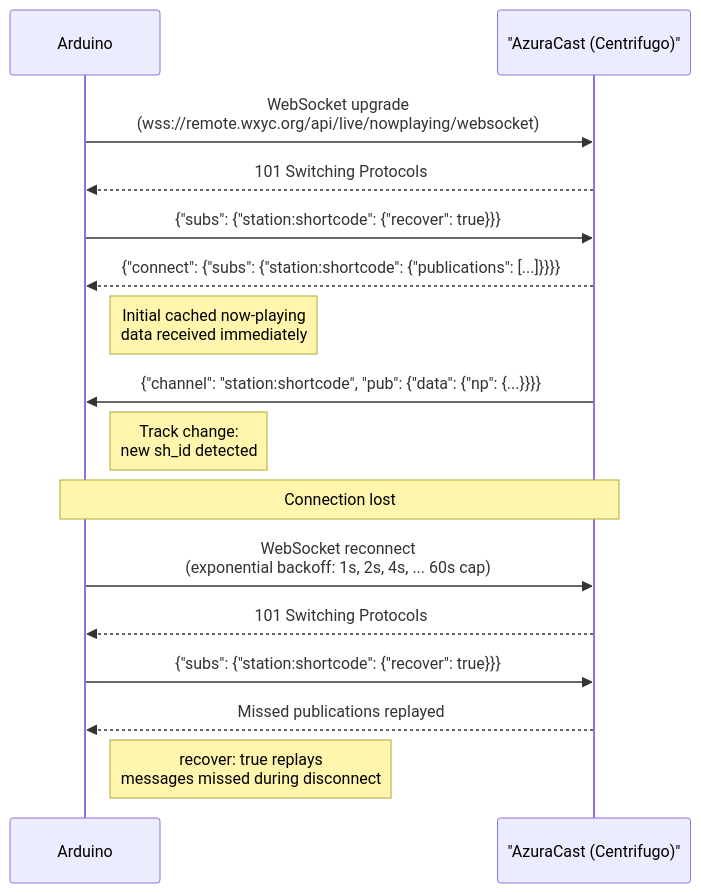
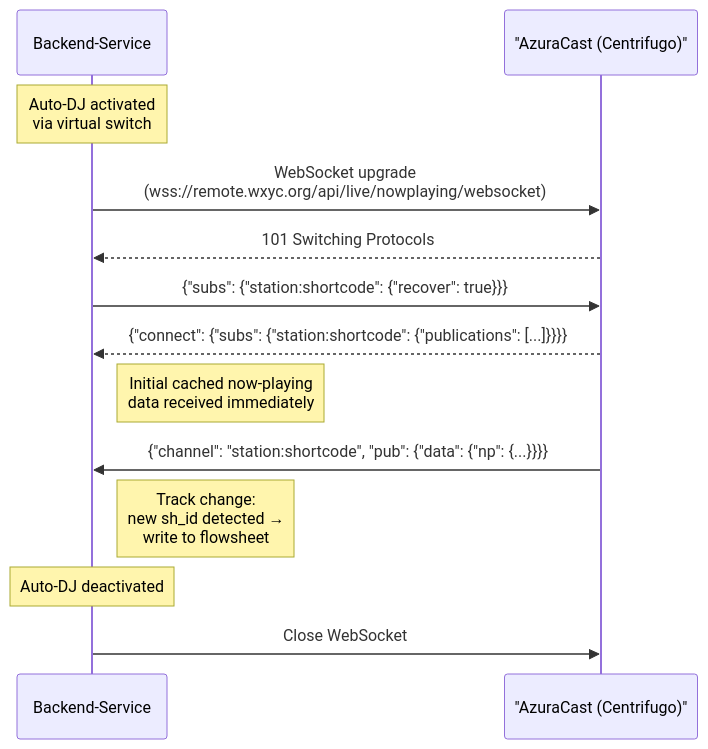
The fifth of 15 diagrams in docs/networking-spec.md (WXYC/auto-dj-arduino-switch), drawn with Mermaid before and after one commit. The commit also changed other lines of this file, not shown here.

First line of the commit message:
Revise networking-spec.md to reflect architecture pivot

````diff
--- a/docs/networking-spec.md
+++ b/docs/networking-spec.md
@@ -834,23 +448,21 @@
 ```mermaid
 sequenceDiagram
-    participant Arduino
+    participant BS as Backend-Service
     participant AZ as "AzuraCast (Centrifugo)"
 
-    Arduino->>AZ: WebSocket upgrade<br/>(wss://remote.wxyc.org/api/live/nowplaying/websocket)
-    AZ-->>Arduino: 101 Switching Protocols
+    Note over BS: Auto-DJ activated<br/>via virtual switch
 
-    Arduino->>AZ: {"subs": {"station:shortcode": {"recover": true}}}
-    AZ-->>Arduino: {"connect": {"subs": {"station:shortcode": {"publications": [...]}}}}
-    Note right of Arduino: Initial cached now-playing<br/>data received immediately
+    BS->>AZ: WebSocket upgrade<br/>(wss://remote.wxyc.org/api/live/nowplaying/websocket)
+    AZ-->>BS: 101 Switching Protocols
 
-    AZ->>Arduino: {"channel": "station:shortcode", "pub": {"data": {"np": {...}}}}
-    Note right of Arduino: Track change:<br/>new sh_id detected
+    BS->>AZ: {"subs": {"station:shortcode": {"recover": true}}}
+    AZ-->>BS: {"connect": {"subs": {"station:shortcode": {"publications": [...]}}}}
+    Note right of BS: Initial cached now-playing<br/>data received immediately
 
-    Note over Arduino,AZ: Connection lost
+    AZ->>BS: {"channel": "station:shortcode", "pub": {"data": {"np": {...}}}}
+    Note right of BS: Track change:<br/>new sh_id detected →<br/>write to flowsheet
 
-    Arduino->>AZ: WebSocket reconnect<br/>(exponential backoff: 1s, 2s, 4s, ... 60s cap)
-    AZ-->>Arduino: 101 Switching Protocols
-    Arduino->>AZ: {"subs": {"station:shortcode": {"recover": true}}}
-    AZ-->>Arduino: Missed publications replayed
-    Note right of Arduino: recover: true replays<br/>messages missed during disconnect
+    Note over BS: Auto-DJ deactivated
+
+    BS->>AZ: Close WebSocket
 ```
````
